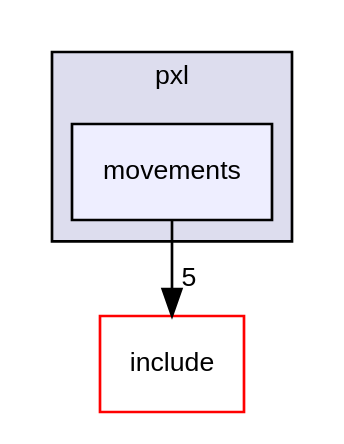
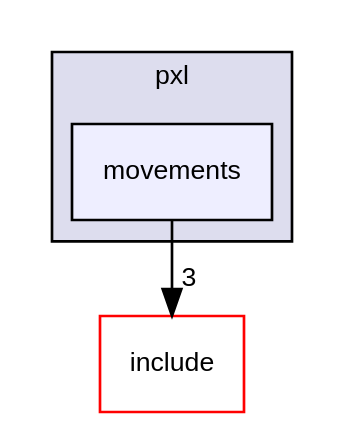
The diagram in dir_da6b542a4b13fc055b1c444658d69961_dep.dot (Pixel-Lib/Pixel), drawn with Graphviz before and after one commit. The commit also changed 126 other files, not shown here.

```diff
--- a/dir_da6b542a4b13fc055b1c444658d69961_dep.dot
+++ b/dir_da6b542a4b13fc055b1c444658d69961_dep.dot
@@ -1,11 +1,11 @@
 digraph "src/pxl/movements" {
   compound=true
   node [ fontsize="10", fontname="Helvetica"];
   edge [ labelfontsize="10", labelfontname="Helvetica"];
   subgraph clusterdir_87a857eff530ad659c1a04633acb58d5 {
     graph [ bgcolor="#ddddee", pencolor="black", label="pxl" fontname="Helvetica", fontsize="10", URL="dir_87a857eff530ad659c1a04633acb58d5.html"]
   dir_da6b542a4b13fc055b1c444658d69961 [shape=box, label="movements", style="filled", fillcolor="#eeeeff", pencolor="black", URL="dir_da6b542a4b13fc055b1c444658d69961.html"];
   }
   dir_d44c64559bbebec7f509842c48db8b23 [shape=box label="include" fillcolor="white" style="filled" color="red" URL="dir_d44c64559bbebec7f509842c48db8b23.html"];
-  dir_da6b542a4b13fc055b1c444658d69961->dir_d44c64559bbebec7f509842c48db8b23 [headlabel="5", labeldistance=1.5 headhref="dir_000007_000000.html"];
+  dir_da6b542a4b13fc055b1c444658d69961->dir_d44c64559bbebec7f509842c48db8b23 [headlabel="3", labeldistance=1.5 headhref="dir_000007_000000.html"];
 }
```
